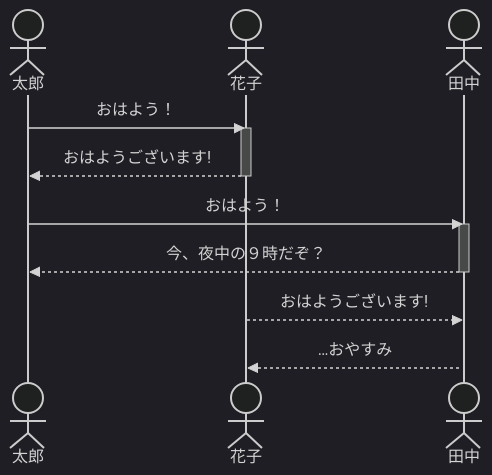
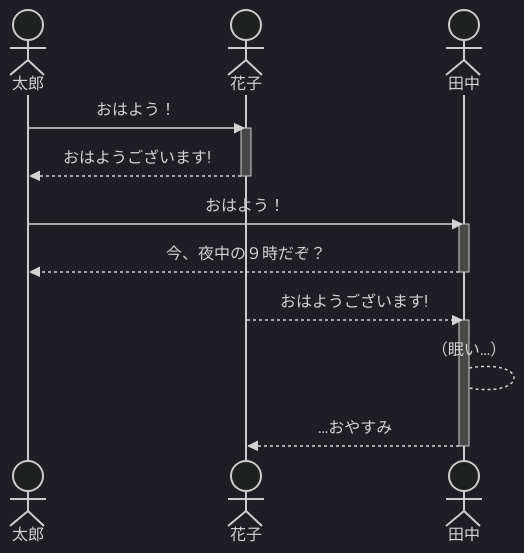
Before and after one commit to tpu-game-2023/mermaid_test: the second of 3 diagrams in README.md, drawn with Mermaid (dark theme).

````diff
--- a/README.md
+++ b/README.md
@@ -39,20 +39,21 @@
 ```mermaid
 sequenceDiagram
     actor 太郎
     actor 花子
     actor 田中
     太郎->>花子: おはよう！
     activate 花子
     花子-->>太郎: おはようございます!
     deactivate 花子
     太郎->>田中: おはよう！
     activate 田中
     田中-->>太郎: 今、夜中の９時だぞ？
     deactivate 田中
     花子-->>田中: おはようございます!
     activate 田中
+    田中-->田中: （眠い…）
     田中-->>花子: …おやすみ
-
+    deactivate 田中
     
 
 ```
````
